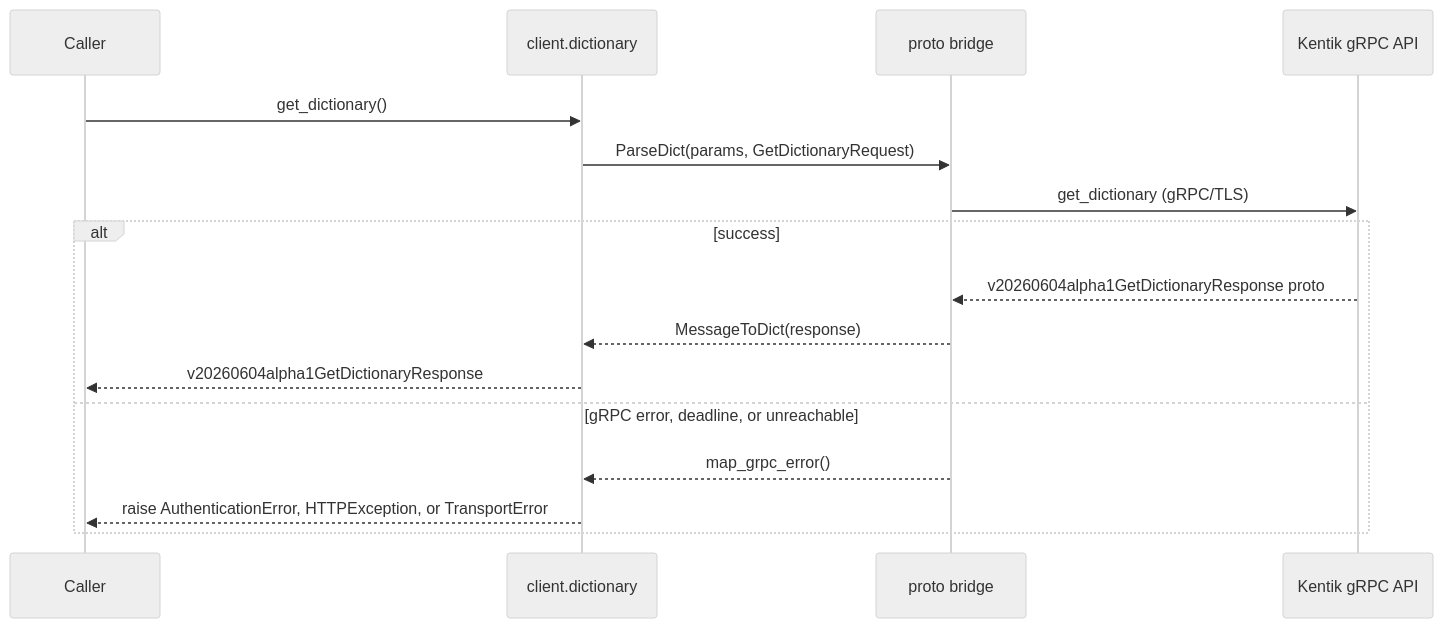
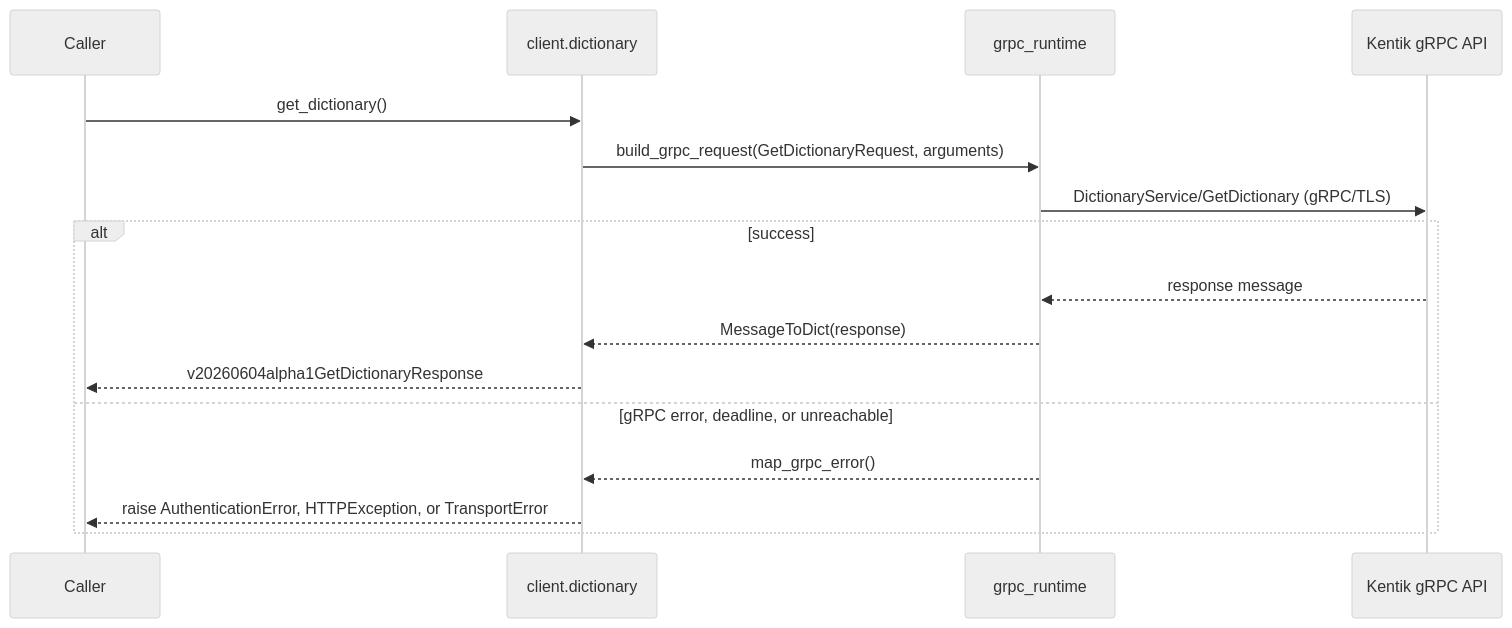
The third of 4 diagrams in docs/sphinx/services/dictionary.md (alexdearaujo/community_sdk_python), drawn with Mermaid (neutral theme) before and after one commit. The commit also changed 37 other files, not shown here.

First line of the commit message:
docs: show the real RPC in each service page's gRPC diagram

````diff
--- a/docs/sphinx/services/dictionary.md
+++ b/docs/sphinx/services/dictionary.md
@@ -59,19 +59,19 @@
 ```mermaid
 sequenceDiagram
     participant C as Caller
     participant W as client.dictionary
-    participant B as proto bridge
+    participant R as grpc_runtime
     participant API as Kentik gRPC API
 
     C->>W: get_dictionary()
-    W->>B: ParseDict(params, GetDictionaryRequest)
-    B->>API: get_dictionary (gRPC/TLS)
+    W->>R: build_grpc_request(GetDictionaryRequest, arguments)
+    R->>API: DictionaryService/GetDictionary (gRPC/TLS)
     alt success
-        API-->>B: v20260604alpha1GetDictionaryResponse proto
-        B-->>W: MessageToDict(response)
+        API-->>R: response message
+        R-->>W: MessageToDict(response)
         W-->>C: v20260604alpha1GetDictionaryResponse
     else gRPC error, deadline, or unreachable
-        B-->>W: map_grpc_error()
+        R-->>W: map_grpc_error()
         W-->>C: raise AuthenticationError, HTTPException, or TransportError
     end
 ```
````
